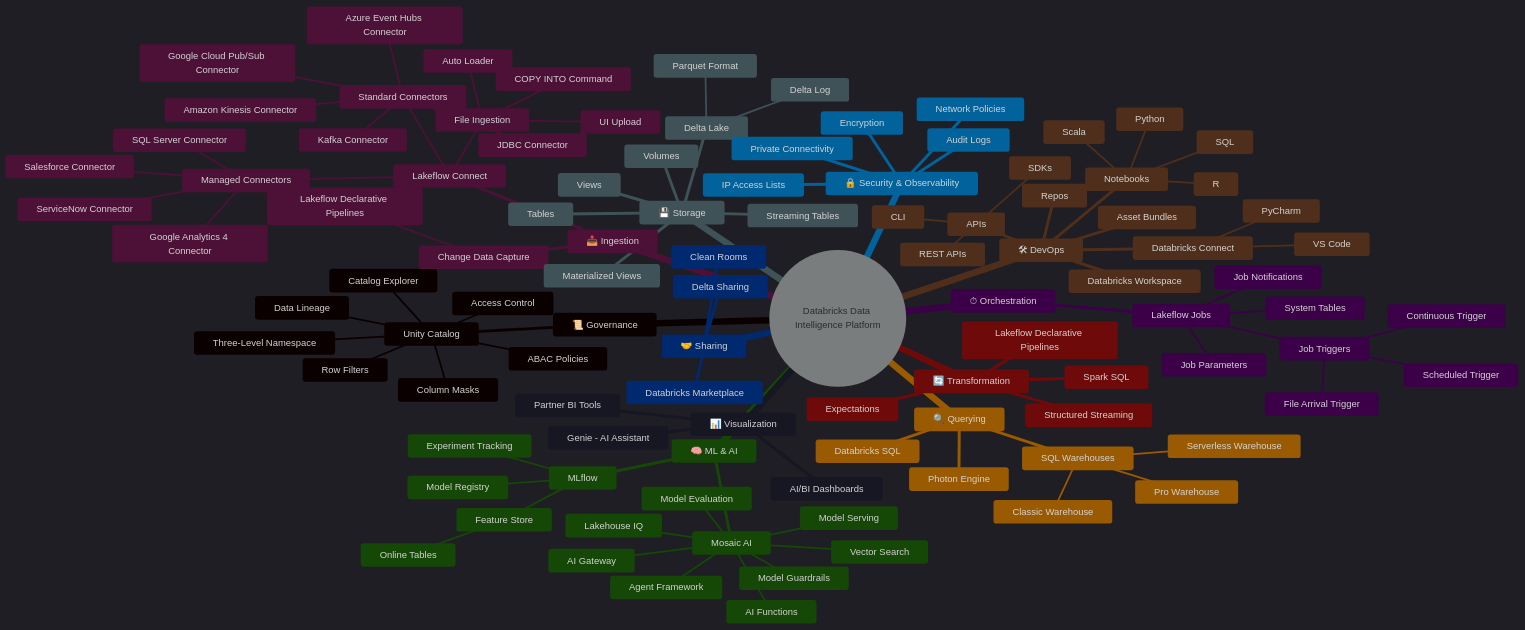
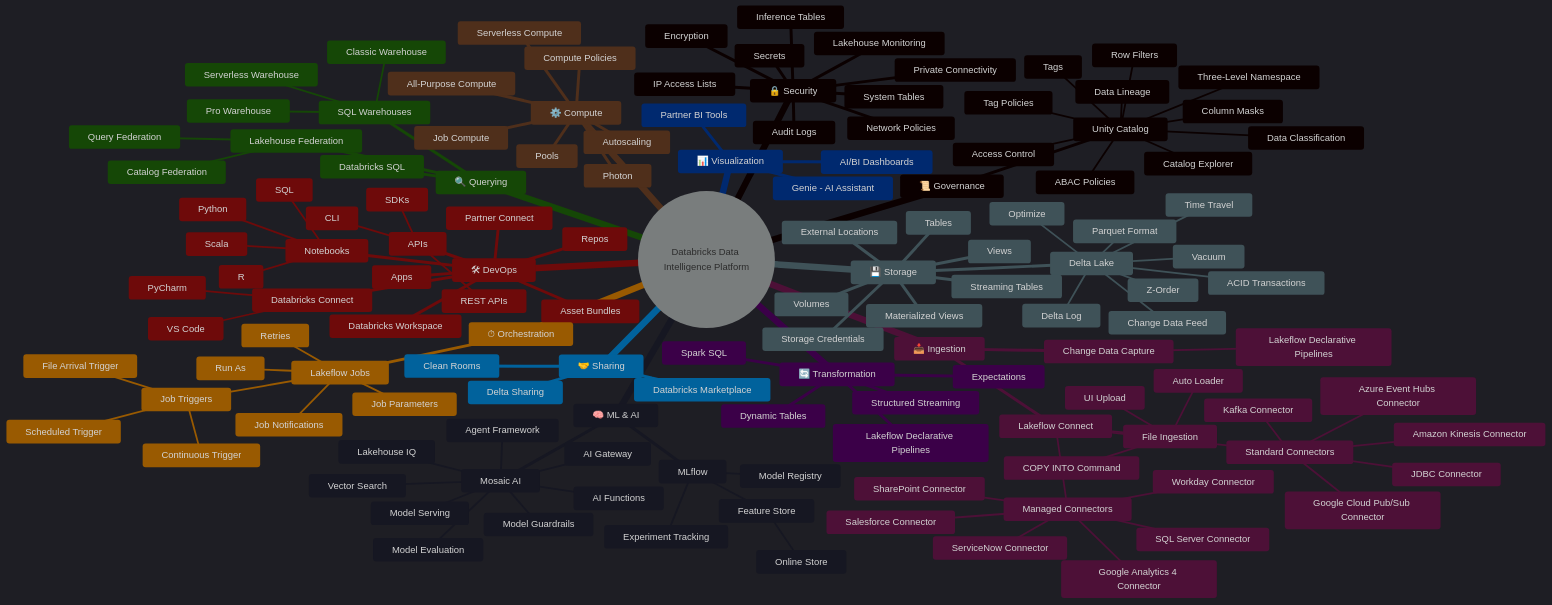
The diagram in src/diagrams/databricks_concepts_mindmap.md (briveramelo/mermaid-diagrams), drawn with Mermaid before and after one commit. The commit also changed 1 other file, not shown here.

Commit message:
updated the colors updated the databricks mindmap with more content

````diff
--- a/src/diagrams/databricks_concepts_mindmap.md
+++ b/src/diagrams/databricks_concepts_mindmap.md
@@ -24,6 +24,9 @@
         Catalog Explorer
         Three-Level Namespace
         ABAC Policies
+        Tags
+        Tag Policies
+        Data Classification
     📥 Ingestion
       Lakeflow Connect
         Managed Connectors
@@ -31,6 +34,8 @@
           SQL Server Connector
           ServiceNow Connector
           Google Analytics 4 Connector
+          Workday Connector
+          SharePoint Connector
         Standard Connectors
           JDBC Connector
           Kafka Connector
@@ -47,11 +52,27 @@
       Delta Lake
         Parquet Format
         Delta Log
+        Change Data Feed
+        Time Travel
+        Optimize
+        Z-Order
+        Vacuum
+        ACID Transactions
       Tables
       Views
       Streaming Tables
       Materialized Views
       Volumes
+      External Locations
+      Storage Credentials
+    ⚙️ Compute
+      All-Purpose Compute
+      Job Compute
+      Serverless Compute
+      Compute Policies
+      Pools
+      Autoscaling
+      Photon
     🛠 DevOps
       Databricks Workspace
       Notebooks
@@ -68,11 +89,14 @@
         SDKs
         CLI
       Asset Bundles
+      Apps
+      Partner Connect
     🔄 Transformation
       Lakeflow Declarative Pipelines
       Spark SQL
       Structured Streaming
       Expectations
+      Dynamic Tables
     ⏱ Orchestration
       Lakeflow Jobs
         Job Triggers
@@ -81,20 +105,23 @@
           Continuous Trigger
         Job Parameters
         Job Notifications
-        System Tables
+        Run As
+        Retries
     🔍 Querying
       Databricks SQL
       SQL Warehouses
         Serverless Warehouse
         Pro Warehouse
         Classic Warehouse
-      Photon Engine
+      Lakehouse Federation
+        Query Federation
+        Catalog Federation
     🧠 ML & AI
       MLflow
         Experiment Tracking
         Model Registry
         Feature Store
-          Online Tables
+          Online Store
       Mosaic AI
         Agent Framework
         Vector Search
@@ -112,10 +139,14 @@
       Delta Sharing
       Clean Rooms
       Databricks Marketplace
-    🔒 Security & Observability
+    🔒 Security
       Audit Logs
       Network Policies
       Private Connectivity
       Encryption
       IP Access Lists
+      Secrets
+      System Tables
+      Lakehouse Monitoring
+      Inference Tables
 ```
````
